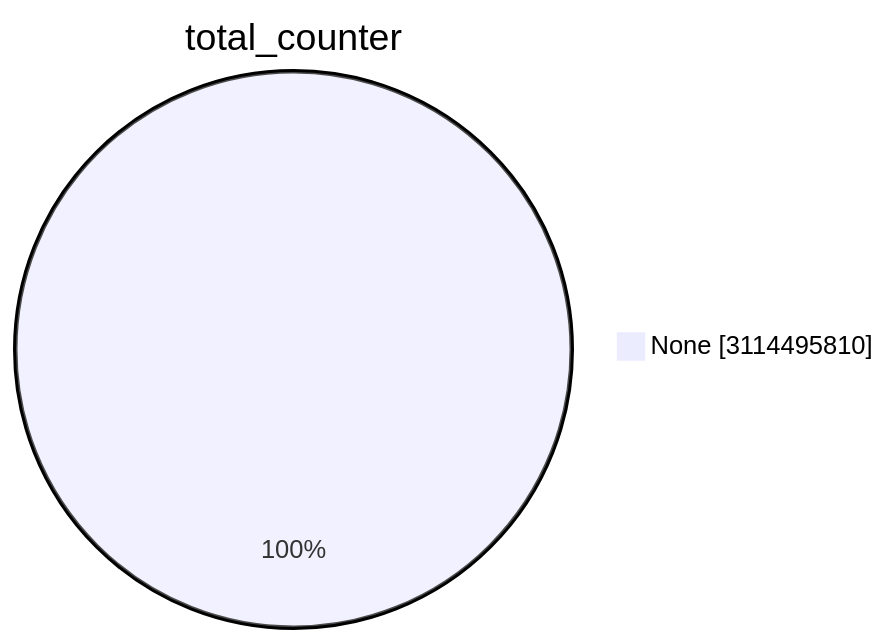
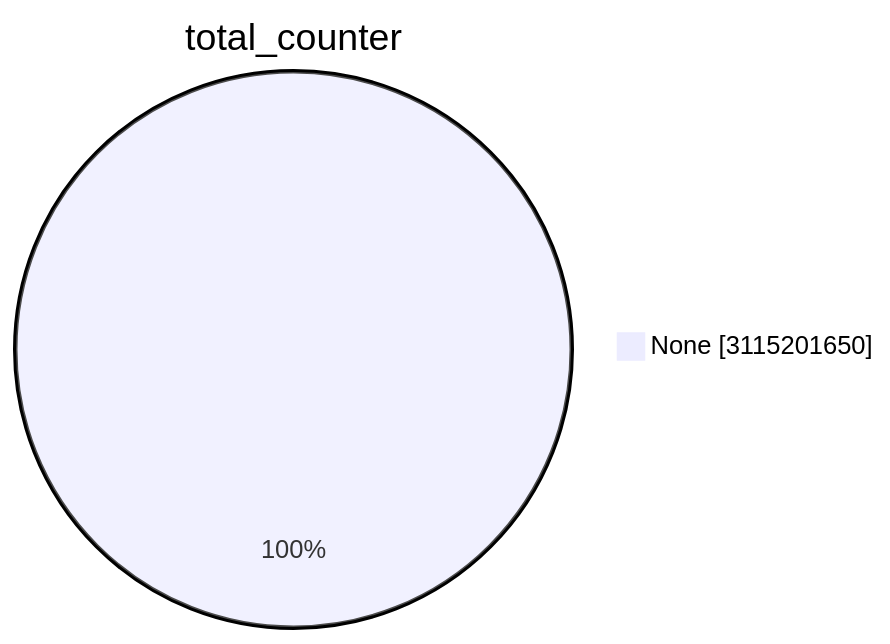
The first of 15 diagrams in TOTAL/README.md (christiankrug/ctmonitor_visualization), drawn with Mermaid before and after one commit. The commit also changed other lines of this file, not shown here.

````diff
--- a/TOTAL/README.md
+++ b/TOTAL/README.md
@@ -1,5 +1,5 @@
 ```mermaid
 pie showData
 title total_counter
-"None" :3114495810
+"None" :3115201650
 ```
````
